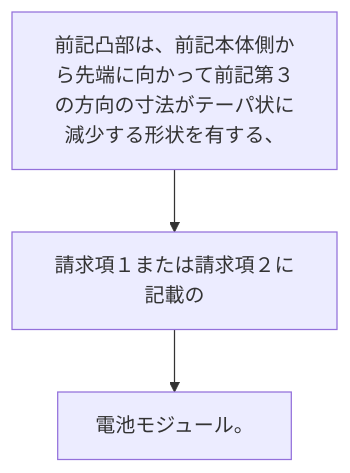
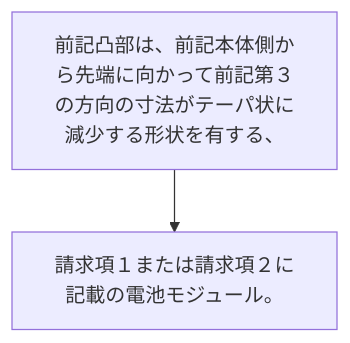
Before and after one commit to shinmori55/patent_analyzed: the diagram in 2024/JP2024039203A/claim_7/README.md, drawn with Mermaid. The commit also changed 336 other files, not shown here.

````diff
--- a/2024/JP2024039203A/claim_7/README.md
+++ b/2024/JP2024039203A/claim_7/README.md
@@ -2,8 +2,6 @@
 ```mermaid
 flowchart TD
 A[前記凸部は、前記本体側から先端に向かって前記第３の方向の寸法がテーパ状に減少する形状を有する、]
-B[請求項１または請求項２に記載の]
-C[電池モジュール。]
+B[請求項１または請求項２に記載の電池モジュール。]
 A --> B
-B --> C
 ```
````
